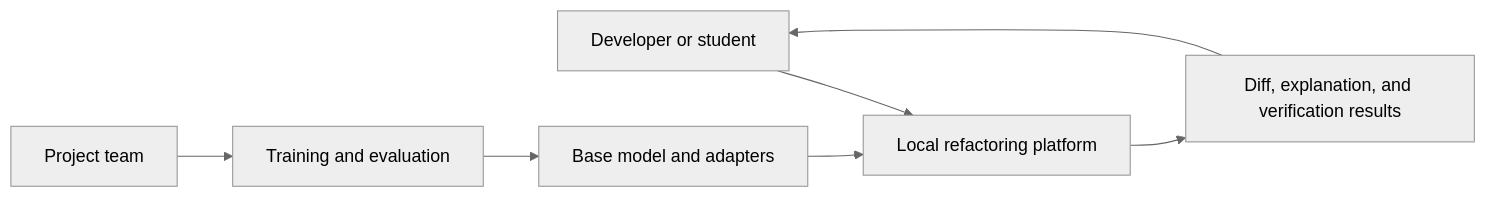
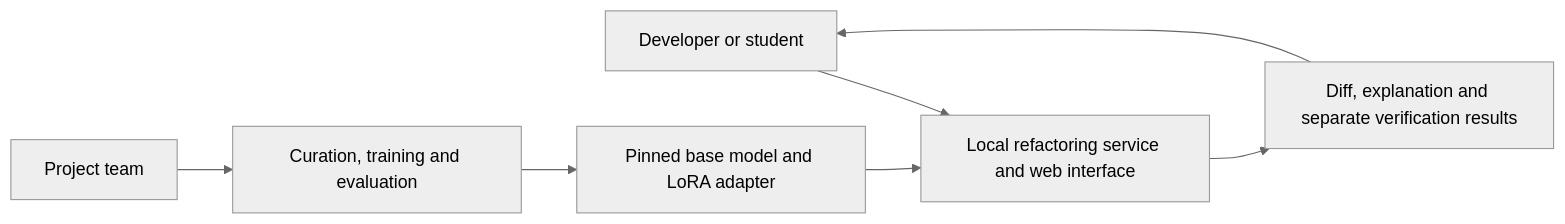
Before and after one commit to abdulrhmanmagdy1/grad-refactor-ai: the first of 2 diagrams in docs/architecture/system-design.md, drawn with Mermaid (neutral theme). The commit also changed other lines of this file and 3 other files, not shown here.

````diff
--- a/docs/architecture/system-design.md
+++ b/docs/architecture/system-design.md
@@ -7,9 +7,9 @@
 ```mermaid
 flowchart LR
-    U[Developer or student] --> S[Local refactoring platform]
-    T[Project team] --> E[Training and evaluation]
-    E --> W[Base model and adapters]
+    U[Developer or student] --> S[Local refactoring service and web interface]
+    T[Project team] --> E[Curation, training and evaluation]
+    E --> W[Pinned base model and LoRA adapter]
     W --> S
-    S --> R[Diff, explanation, and verification results]
+    S --> R[Diff, explanation and separate verification results]
     R --> U
 ```
````
